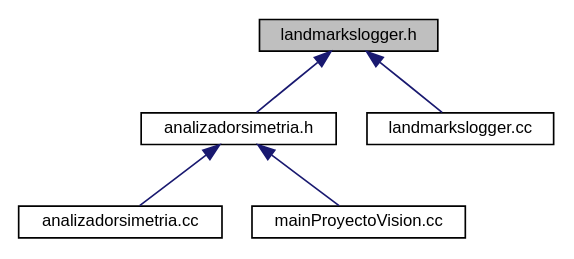
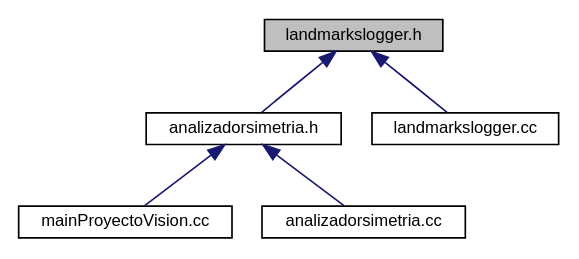
The diagram in landmarkslogger_8h__dep__incl.dot (agustinavila/ProyectoVision), drawn with Graphviz before and after one commit. The commit also changed 95 other files, not shown here.

```diff
--- a/landmarkslogger_8h__dep__incl.dot
+++ b/landmarkslogger_8h__dep__incl.dot
@@ -1,15 +1,15 @@
 digraph "landmarkslogger.h"
 {
  // LATEX_PDF_SIZE
   edge [fontname="Helvetica",fontsize="10",labelfontname="Helvetica",labelfontsize="10"];
   node [fontname="Helvetica",fontsize="10",shape=record];
   Node1 [label="landmarkslogger.h",height=0.2,width=0.4,color="black", fillcolor="grey75", style="filled", fontcolor="black",tooltip="Archivo de cabecera de la clase LandmarksLogger."];
   Node1 -> Node2 [dir="back",color="midnightblue",fontsize="10",style="solid",fontname="Helvetica"];
   Node2 [label="analizadorsimetria.h",height=0.2,width=0.4,color="black", fillcolor="white", style="filled",URL="$analizadorsimetria_8h.html",tooltip="Archivo de cabecera de la clase base del proyecto."];
   Node2 -> Node3 [dir="back",color="midnightblue",fontsize="10",style="solid",fontname="Helvetica"];
-  Node3 [label="analizadorsimetria.cc",height=0.2,width=0.4,color="black", fillcolor="white", style="filled",URL="$analizadorsimetria_8cc.html",tooltip=" "];
+  Node3 [label="mainProyectoVision.cc",height=0.2,width=0.4,color="black", fillcolor="white", style="filled",URL="$main_proyecto_vision_8cc.html",tooltip="Archivo con un programa ejemplificando el uso de la clase AnalizadorSimetria."];
   Node2 -> Node4 [dir="back",color="midnightblue",fontsize="10",style="solid",fontname="Helvetica"];
-  Node4 [label="mainProyectoVision.cc",height=0.2,width=0.4,color="black", fillcolor="white", style="filled",URL="$main_proyecto_vision_8cc.html",tooltip="Archivo con un programa ejemplificando el uso de la clase AnalizadorSimetria."];
+  Node4 [label="analizadorsimetria.cc",height=0.2,width=0.4,color="black", fillcolor="white", style="filled",URL="$analizadorsimetria_8cc.html",tooltip=" "];
   Node1 -> Node5 [dir="back",color="midnightblue",fontsize="10",style="solid",fontname="Helvetica"];
   Node5 [label="landmarkslogger.cc",height=0.2,width=0.4,color="black", fillcolor="white", style="filled",URL="$landmarkslogger_8cc.html",tooltip="Implementacion de la clase LandmarksLogger."];
 }
```
